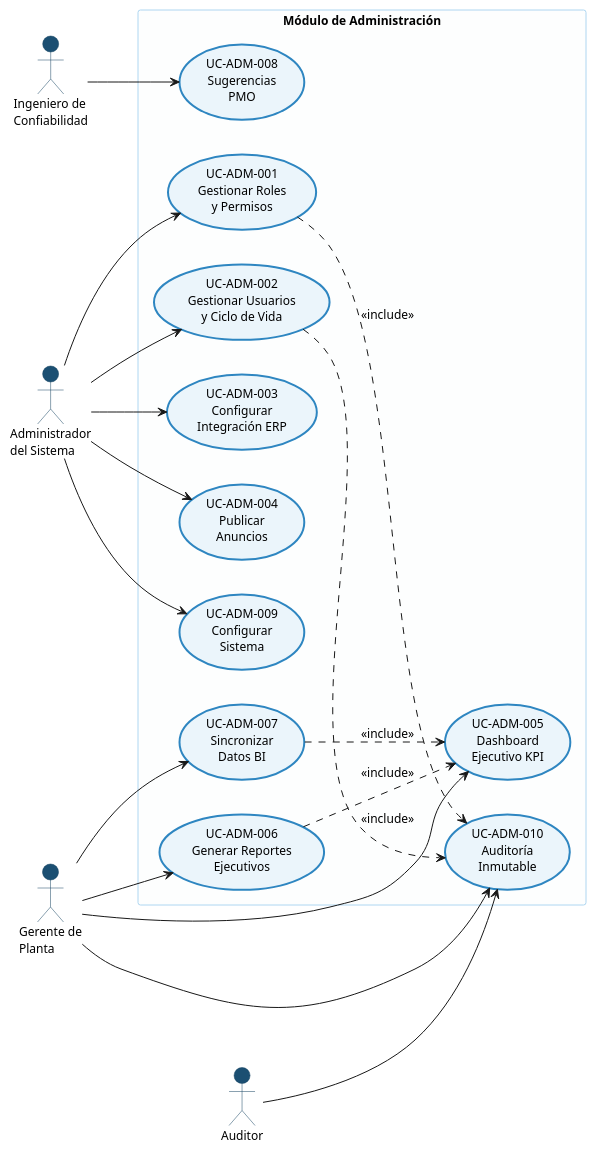
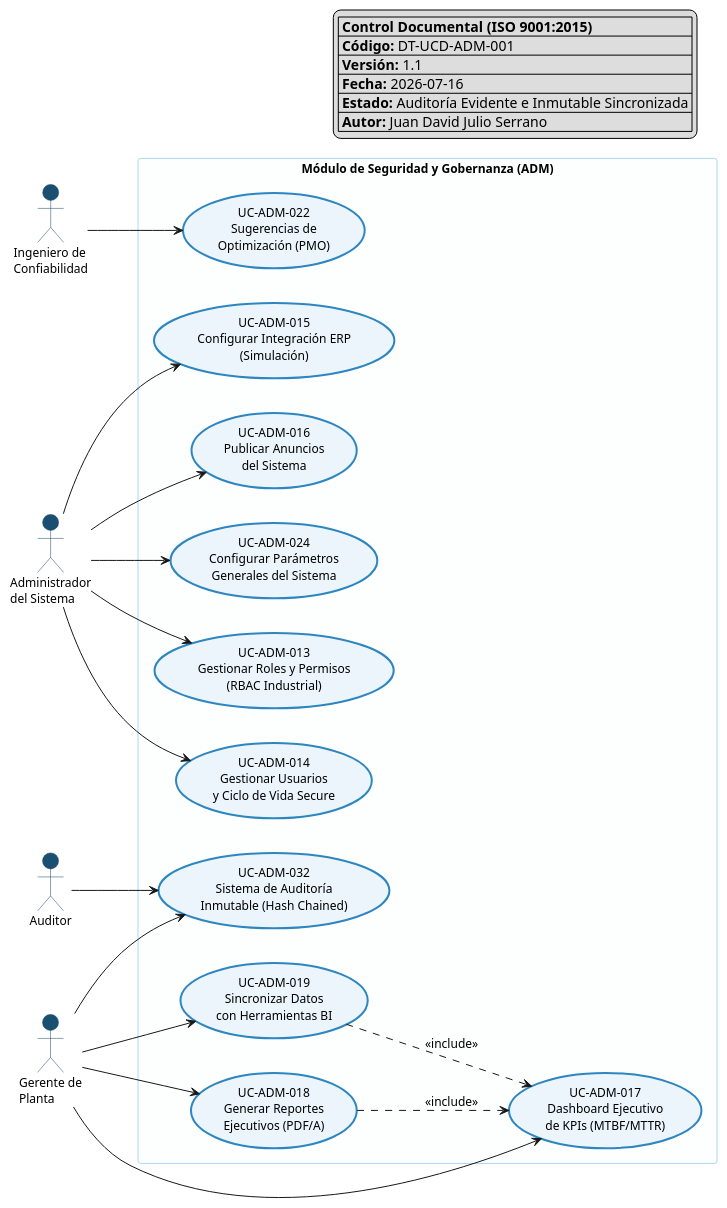
The diagram in domain-models/use-cases/adm-use-cases.puml (Novav20/adso-dteam-docs), drawn with PlantUML before and after one commit. The commit also changed 4 other files, not shown here.

First line of the commit message:
docs(use-cases): consolidate use case diagrams and ISO traceability index

```diff
--- a/domain-models/use-cases/adm-use-cases.puml
+++ b/domain-models/use-cases/adm-use-cases.puml
@@ -1,72 +1,78 @@
 @startuml ADM-UseCases
 skinparam packageStyle rectangle
 left to right direction
 
-' Configuración de colores profesionales
+' --- CONFIGURACIÓN VISUAL ---
 skinparam usecase {
   BackgroundColor #EBF5FB
   BorderColor #2E86C1
   BorderThickness 2
   FontName Segoe UI
   FontSize 12
 }
-
 skinparam actor {
   BackgroundColor #1B4F72
   BorderColor #154360
   FontName Segoe UI
   FontSize 11
 }
-
 skinparam package {
   BackgroundColor #FDFEFE
   BorderColor #AED6F1
   FontName Segoe UI
   FontSize 13
   FontStyle bold
 }
-
 skinparam defaultFontName "Segoe UI"
 skinparam defaultFontSize 12
 
-' Actores
+legend top right
+|= Control Documental (ISO 9001:2015) |
+| **Código:** DT-UCD-ADM-001 |
+| **Versión:** 1.1 |
+| **Fecha:** 2026-07-16 |
+| **Estado:** Auditoría Evidente e Inmutable Sincronizada |
+| **Autor:** Juan David Julio Serrano |
+endlegend
+
+' --- ACTORES ---
 actor "Administrador\ndel Sistema" as Admin #1B4F72
 actor "Gerente de\nPlanta" as Gerente #1B4F72
 actor "Auditor" as Auditor #1B4F72
 actor "Ingeniero de\nConfiabilidad" as Confiabilidad #1B4F72
 
-' Paquete principal
-package "Módulo de Administración" {
+' --- PAQUETE PRINCIPAL ---
+package "Módulo de Seguridad y Gobernanza (ADM)" {
 
-  usecase "UC-ADM-001\nGestionar Roles\ny Permisos" as UCADM001 #EBF5FB
-  usecase "UC-ADM-002\nGestionar Usuarios\ny Ciclo de Vida" as UCADM002 #EBF5FB
-  usecase "UC-ADM-003\nConfigurar\nIntegración ERP" as UCADM003 #EBF5FB
-  usecase "UC-ADM-004\nPublicar\nAnuncios" as UCADM004 #EBF5FB
-  usecase "UC-ADM-005\nDashboard\nEjecutivo KPI" as UCADM005 #EBF5FB
-  usecase "UC-ADM-006\nGenerar Reportes\nEjecutivos" as UCADM006 #EBF5FB
-  usecase "UC-ADM-007\nSincronizar\nDatos BI" as UCADM007 #EBF5FB
-  usecase "UC-ADM-008\nSugerencias\nPMO" as UCADM008 #EBF5FB
-  usecase "UC-ADM-009\nConfigurar\nSistema" as UCADM009 #EBF5FB
-  usecase "UC-ADM-010\nAuditoría\nInmutable" as UCADM010 #EBF5FB
+  usecase "UC-ADM-013\nGestionar Roles y Permisos\n(RBAC Industrial)" as UCADM013 #EBF5FB
+  usecase "UC-ADM-014\nGestionar Usuarios\ny Ciclo de Vida Secure" as UCADM014 #EBF5FB
+  usecase "UC-ADM-015\nConfigurar Integración ERP\n(Simulación)" as UCADM015 #EBF5FB
+  usecase "UC-ADM-016\nPublicar Anuncios\ndel Sistema" as UCADM016 #EBF5FB
+  usecase "UC-ADM-017\nDashboard Ejecutivo\nde KPIs (MTBF/MTTR)" as UCADM017 #EBF5FB
+  usecase "UC-ADM-018\nGenerar Reportes\nEjecutivos (PDF/A)" as UCADM018 #EBF5FB
+  usecase "UC-ADM-019\nSincronizar Datos\ncon Herramientas BI" as UCADM019 #EBF5FB
+  usecase "UC-ADM-022\nSugerencias de\nOptimización (PMO)" as UCADM022 #EBF5FB
+  usecase "UC-ADM-024\nConfigurar Parámetros\nGenerales del Sistema" as UCADM024 #EBF5FB
+  usecase "UC-ADM-032\nSistema de Auditoría\nInmutable (Hash Chained)" as UCADM032 #EBF5FB
 }
 
-' Relaciones Actor-Caso de Uso
-Admin --> UCADM001
-Admin --> UCADM002
-Admin --> UCADM003
-Admin --> UCADM004
-Admin --> UCADM009
-Gerente --> UCADM005
-Gerente --> UCADM006
-Gerente --> UCADM007
-Confiabilidad --> UCADM008
-Auditor --> UCADM010
-Gerente --> UCADM010
+' --- RELACIONES ACTOR - CASO DE USO ---
+Admin --> UCADM013
+Admin --> UCADM014
+Admin --> UCADM015
+Admin --> UCADM016
+Admin --> UCADM024
 
-' Relaciones entre Casos de Uso
-UCADM006 ..> UCADM005 : <<include>>
-UCADM007 ..> UCADM005 : <<include>>
-UCADM001 ..> UCADM010 : <<include>>
-UCADM002 ..> UCADM010 : <<include>>
+Gerente --> UCADM017
+Gerente --> UCADM018
+Gerente --> UCADM019
+Gerente --> UCADM032
+
+Confiabilidad --> UCADM022
+Auditor --> UCADM032
+
+' --- RELACIONES INTER-CASOS DE USO (Include/Extend) ---
+UCADM018 ..> UCADM017 : <<include>>
+UCADM019 ..> UCADM017 : <<include>>
 
 @enduml
```
